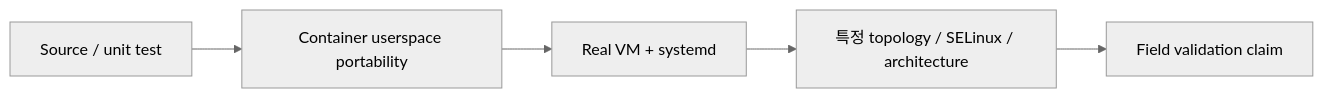
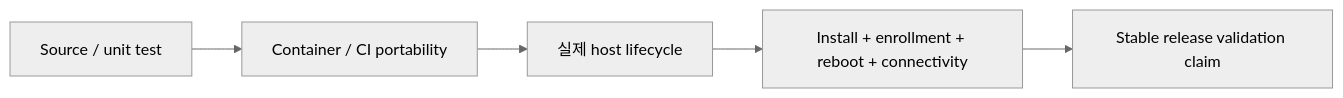
The diagram in ko/reference/platforms.mdx (datarelay-labs/data-relay-link-docs), drawn with Mermaid (neutral theme) before and after one commit. The commit also changed other lines of this file and 24 other files, not shown here.

````diff
--- a/ko/reference/platforms.mdx
+++ b/ko/reference/platforms.mdx
@@ -14,7 +16,7 @@
 ```mermaid
 flowchart LR
-    A[Source / unit test] --> B[Container userspace portability]
-    B --> C[Real VM + systemd]
-    C --> D[특정 topology / SELinux / architecture]
-    D --> E[Field validation claim]
+    A[Source / unit test] --> B[Container / CI portability]
+    B --> C[실제 host lifecycle]
+    C --> D[Install + enrollment + reboot + connectivity]
+    D --> E[Stable release validation claim]
 ```
````
